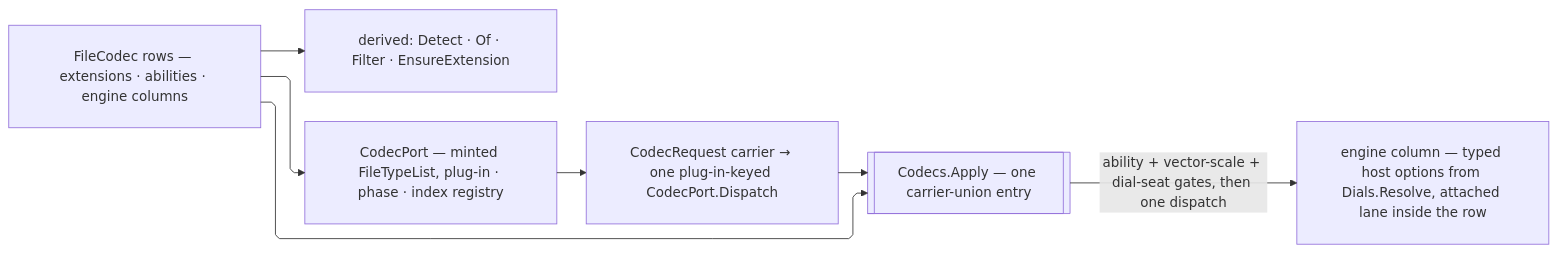
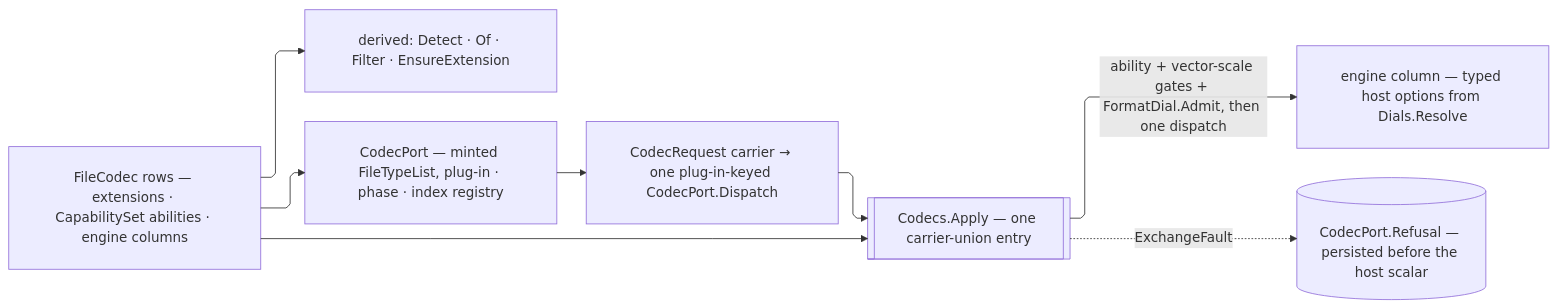
The diagram in libs/csharp/Rasm.Rhino/.planning/Exchange/formats.md (bsamiee/Rasm), drawn with Mermaid before and after one commit. The commit also changed other lines of this file and 818 other files, not shown here.

````diff
--- a/libs/csharp/Rasm.Rhino/.planning/Exchange/formats.md
+++ b/libs/csharp/Rasm.Rhino/.planning/Exchange/formats.md
@@ -598,18 +702,19 @@
 ```mermaid
 ---
 config:
   layout: elk
   flowchart:
     curve: linear
     padding: 25
 ---
 flowchart LR
     accTitle: Codec matrix dispatch topology
-    accDescr: FileCodec rows feed derived lookup surfaces, one carrier-union entry with ability, vector-scale, and dial-seat gates, and the host dialog port whose minted file-type list and plug-in-keyed registry route callbacks back onto that entry.
-    Rows["FileCodec rows — extensions · abilities · engine columns"] --> Lookup["derived: Detect · Of · Filter · EnsureExtension"]
+    accDescr: FileCodec rows feed derived lookup surfaces, one carrier-union entry with ability and vector-scale gates plus the dial door proving seat and axis demands, and the host dialog port whose minted file-type list and plug-in-keyed registry route callbacks back onto that entry while persisting each typed refusal.
+    Rows["FileCodec rows — extensions · CapabilitySet abilities · engine columns"] --> Lookup["derived: Detect · Of · Filter · EnsureExtension"]
     Rows --> Entry[["Codecs.Apply — one carrier-union entry"]]
-    Entry -->|ability + vector-scale + dial-seat gates, then one dispatch| Direct["engine column — typed host options from Dials.Resolve, attached lane inside the row"]
+    Entry -->|ability + vector-scale gates + FormatDial.Admit, then one dispatch| Direct["engine column — typed host options from Dials.Resolve"]
     Rows --> Port["CodecPort — minted FileTypeList, plug-in · phase · index registry"]
     Port --> Dialog["CodecRequest carrier → one plug-in-keyed CodecPort.Dispatch"]
     Dialog --> Entry
+    Entry -.->|ExchangeFault| Cell[(CodecPort.Refusal — persisted before the host scalar)]
 ```
````
